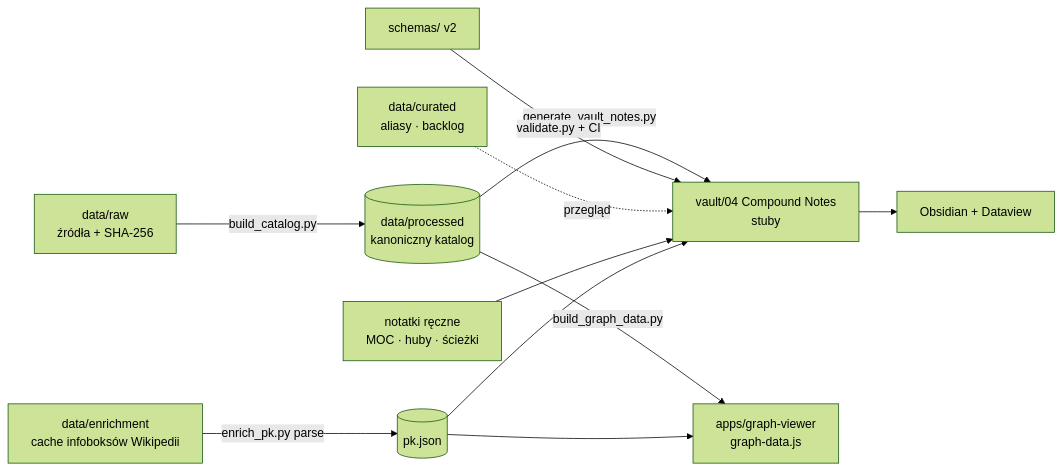
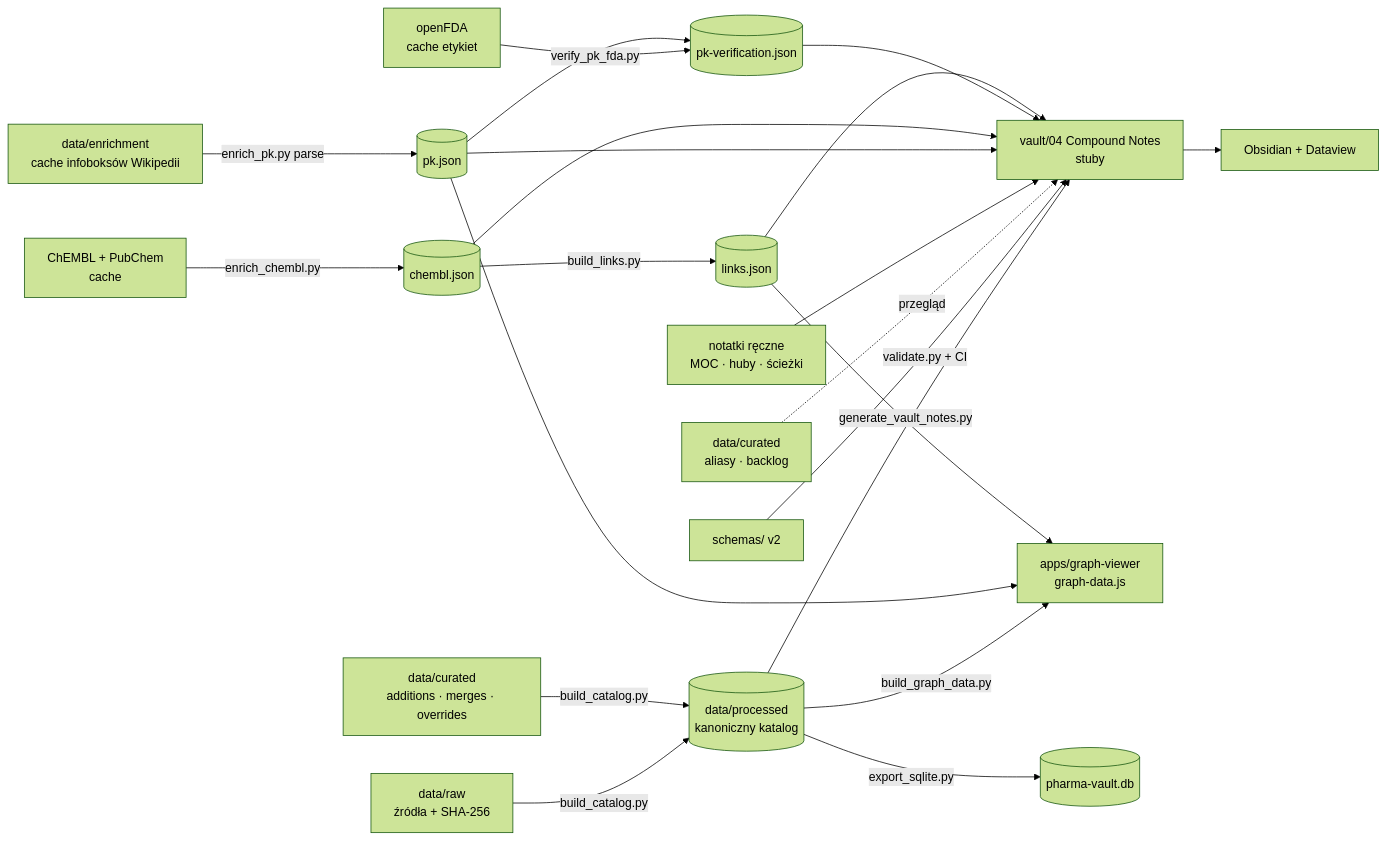
Before and after one commit to mmlsk/Pharma-vault: the diagram in README.md, drawn with Mermaid (forest theme). The commit also changed other lines of this file and 2964 other files, not shown here.

Commit message:
v3.2: +187 substances (NPS cluster), ChEMBL identity/mechanism/target layer, openFDA PK cross-check, links, target notes, SQLite export, graph target edges + histogram, parser fixes

````diff
--- a/README.md
+++ b/README.md
@@ -20,13 +21,23 @@
 ```mermaid
 flowchart LR
   R[data/raw<br/>źródła + SHA-256] -->|build_catalog.py| P[(data/processed<br/>kanoniczny katalog)]
   P -->|generate_vault_notes.py| V[vault/04 Compound Notes<br/>stuby]
   S[schemas/ v2] -->|validate.py + CI| V
   C[data/curated<br/>aliasy · backlog] -.przegląd.-> V
   H[notatki ręczne<br/>MOC · huby · ścieżki] --> V
   V --> O[Obsidian + Dataview]
   W[data/enrichment<br/>cache infoboksów Wikipedii] -->|enrich_pk.py parse| K[(pk.json)]
   K --> V
   P -->|build_graph_data.py| G[apps/graph-viewer<br/>graph-data.js]
   K --> G
+  A[data/curated<br/>additions · merges · overrides] -->|build_catalog.py| P
+  CH[ChEMBL + PubChem<br/>cache] -->|enrich_chembl.py| CJ[(chembl.json)]
+  FDA[openFDA<br/>cache etykiet] -->|verify_pk_fda.py| PV[(pk-verification.json)]
+  K --> PV
+  CJ -->|build_links.py| L[(links.json)]
+  CJ --> V
+  PV --> V
+  L --> V
+  L --> G
+  P -->|export_sqlite.py| DB[(pharma-vault.db)]
 ```
````
